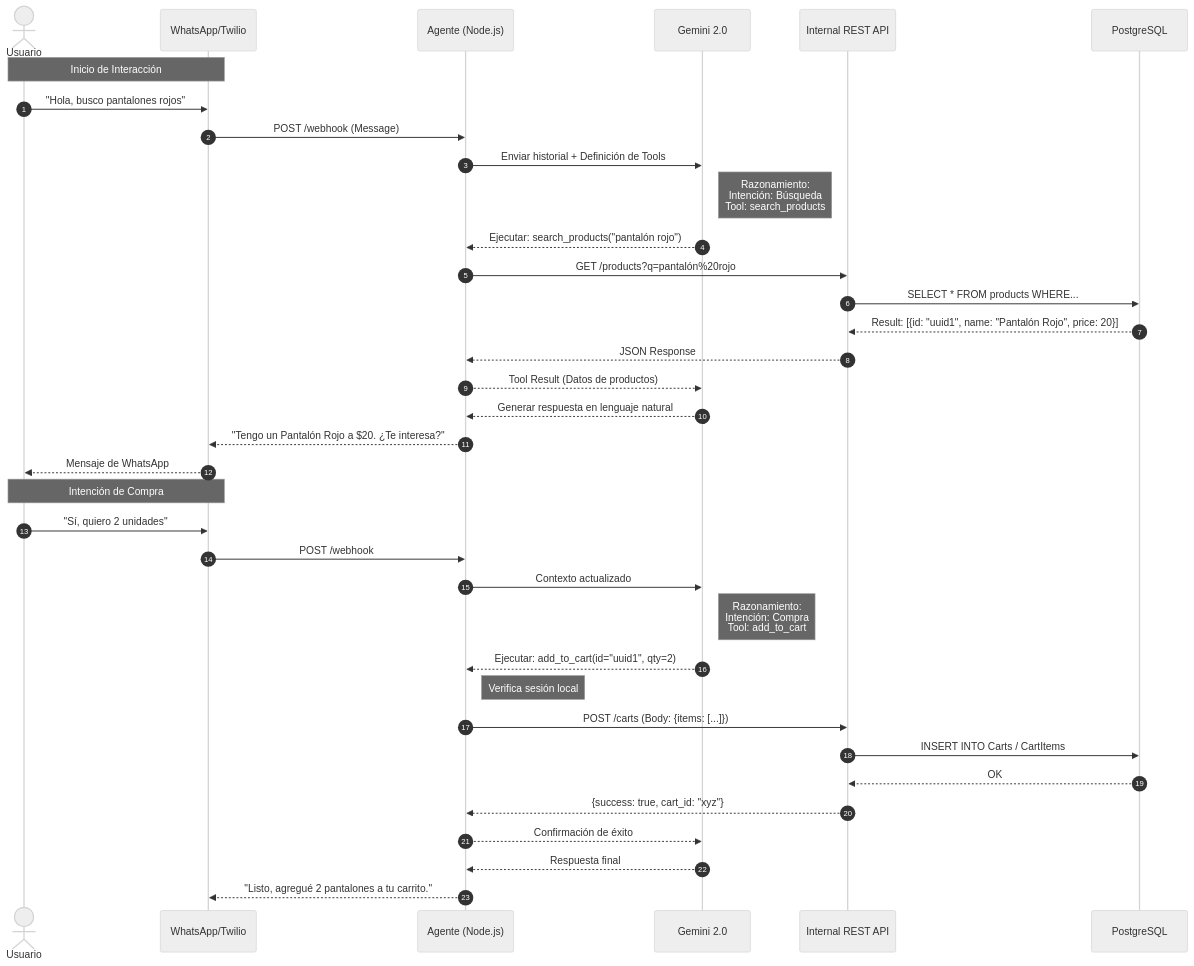
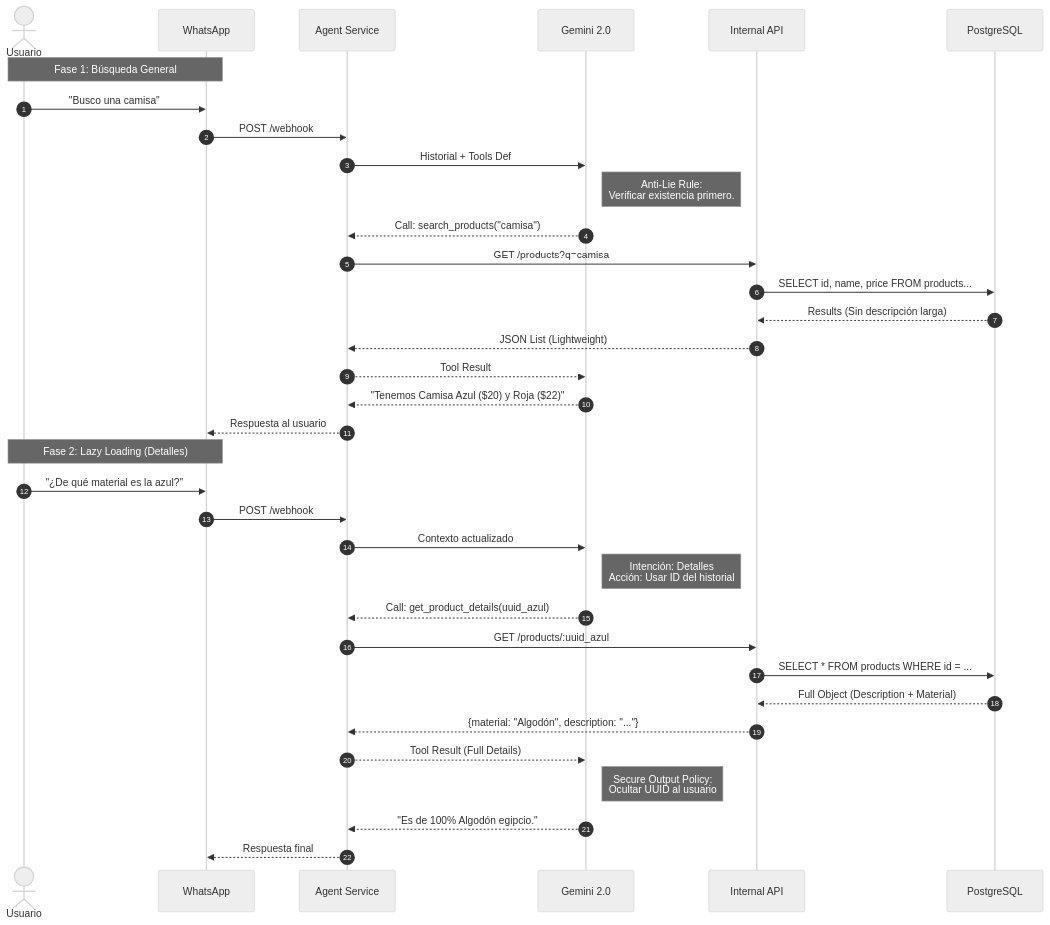
One commit to AFacundoOrtiz/laburen-ai-agent changed the second of 4 diagrams in docs/DIAGRAMS.md. Above: the diagram before and after it, drawn with Mermaid (neutral theme). The commit also changed other lines of this file and 2 other files, not shown here.

Commit message:
docs: documentos README.md, DIAGRAMS.md y CONCEPTUAL_DESIGN.md actualizados

````diff
--- a/docs/DIAGRAMS.md
+++ b/docs/DIAGRAMS.md
@@ -51,47 +73,45 @@
 ```mermaid
 sequenceDiagram
     autonumber
     actor User as Usuario
-    participant WA as WhatsApp/Twilio
-    participant Agent as Agente (Node.js)
+    participant WA as WhatsApp
+    participant Agent as Agent Service
     participant AI as Gemini 2.0
-    participant API as Internal REST API
+    participant API as Internal API
     participant DB as PostgreSQL
 
-    Note over User, WA: Inicio de Interacción
-    User->>WA: "Hola, busco pantalones rojos"
-    WA->>Agent: POST /webhook (Message)
-    Agent->>AI: Enviar historial + Definición de Tools
+    Note over User, WA: Fase 1: Búsqueda General
+    User->>WA: "Busco una camisa"
+    WA->>Agent: POST /webhook
+    Agent->>AI: Historial + Tools Def
     
-    Note right of AI: Razonamiento:<br/>Intención: Búsqueda<br/>Tool: search_products
+    Note right of AI: Anti-Lie Rule: <br/>Verificar existencia primero.
+    AI-->>Agent: Call: search_products("camisa")
     
-    AI-->>Agent: Ejecutar: search_products("pantalón rojo")
-    Agent->>API: GET /products?q=pantalón%20rojo
-    API->>DB: SELECT * FROM products WHERE...
-    DB-->>API: Result: [{id: "uuid1", name: "Pantalón Rojo", price: 20}]
-    API-->>Agent: JSON Response
-    Agent-->>AI: Tool Result (Datos de productos)
+    Agent->>API: GET /products?q=camisa
+    API->>DB: SELECT id, name, price FROM products...
+    DB-->>API: Results (Sin descripción larga)
+    API-->>Agent: JSON List (Lightweight)
+    Agent-->>AI: Tool Result
     
-    AI-->>Agent: Generar respuesta en lenguaje natural
-    Agent-->>WA: "Tengo un Pantalón Rojo a $20. ¿Te interesa?"
-    WA-->>User: Mensaje de WhatsApp
+    AI-->>Agent: "Tenemos Camisa Azul ($20) y Roja ($22)"
+    Agent-->>WA: Respuesta al usuario
 
-    Note over User, WA: Intención de Compra
-    User->>WA: "Sí, quiero 2 unidades"
+    Note over User, WA: Fase 2: Lazy Loading (Detalles)
+    User->>WA: "¿De qué material es la azul?"
     WA->>Agent: POST /webhook
     Agent->>AI: Contexto actualizado
     
-    Note right of AI: Razonamiento:<br/>Intención: Compra<br/>Tool: add_to_cart
+    Note right of AI: Intención: Detalles<br/>Acción: Usar ID del historial
+    AI-->>Agent: Call: get_product_details(uuid_azul)
     
-    AI-->>Agent: Ejecutar: add_to_cart(id="uuid1", qty=2)
+    Agent->>API: GET /products/:uuid_azul
+    API->>DB: SELECT * FROM products WHERE id = ...
+    DB-->>API: Full Object (Description + Material)
+    API-->>Agent: {material: "Algodón", description: "..."}
+    Agent-->>AI: Tool Result (Full Details)
     
-    Note right of Agent: Verifica sesión local
-    Agent->>API: POST /carts (Body: {items: [...]})
-    API->>DB: INSERT INTO Carts / CartItems
-    DB-->>API: OK
-    API-->>Agent: {success: true, cart_id: "xyz"}
-    
-    Agent-->>AI: Confirmación de éxito
-    AI-->>Agent: Respuesta final
-    Agent-->>WA: "Listo, agregué 2 pantalones a tu carrito."
+    Note right of AI: Secure Output Policy:<br/>Ocultar UUID al usuario
+    AI-->>Agent: "Es de 100% Algodón egipcio."
+    Agent-->>WA: Respuesta final
 ```
````
